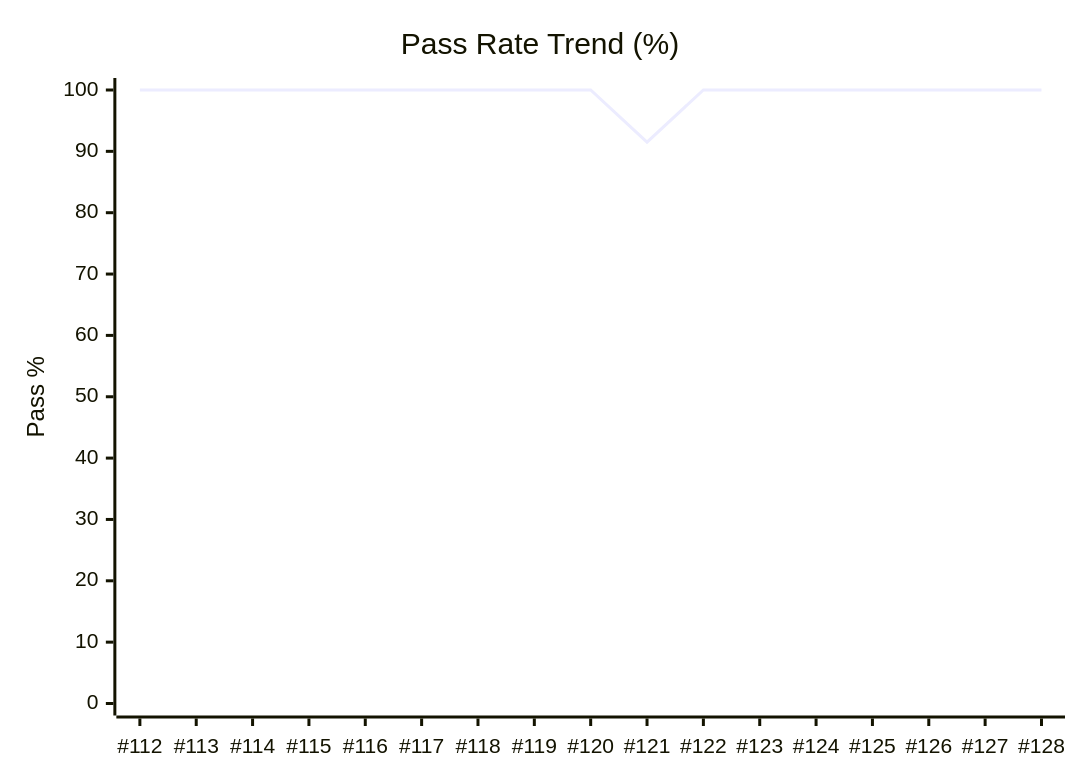
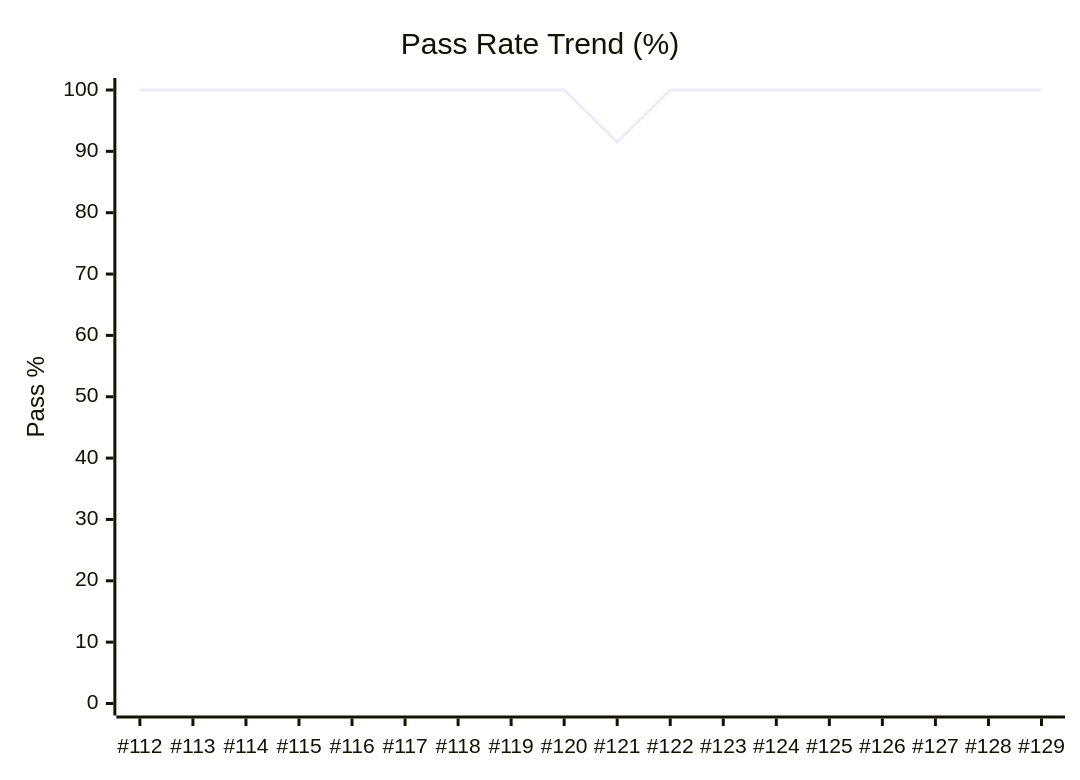
Before and after one commit to karimarie67/QA-boost: the diagram in dashboards/qa-metrics.md, drawn with Mermaid. The commit also changed other lines of this file and 2 other files, not shown here.

````diff
--- a/dashboards/qa-metrics.md
+++ b/dashboards/qa-metrics.md
@@ -37,7 +37,7 @@
 ```mermaid
 xychart-beta
     title "Pass Rate Trend (%)"
-    x-axis [#112, #113, #114, #115, #116, #117, #118, #119, #120, #121, #122, #123, #124, #125, #126, #127, #128]
+    x-axis [#112, #113, #114, #115, #116, #117, #118, #119, #120, #121, #122, #123, #124, #125, #126, #127, #128, #129]
     y-axis "Pass %" 0 --> 100
-    line [100.0, 100.0, 100.0, 100.0, 100.0, 100.0, 100.0, 100.0, 100.0, 91.5, 100.0, 100.0, 100.0, 100.0, 100.0, 100.0, 100.0]
+    line [100.0, 100.0, 100.0, 100.0, 100.0, 100.0, 100.0, 100.0, 100.0, 91.5, 100.0, 100.0, 100.0, 100.0, 100.0, 100.0, 100.0, 100.0]
 ```
````
